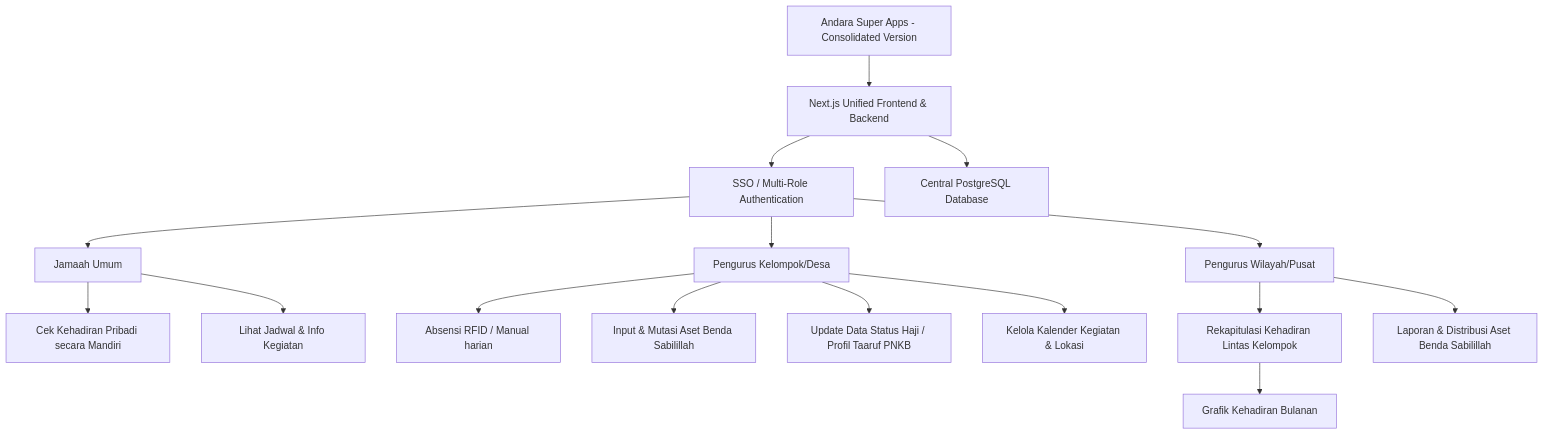
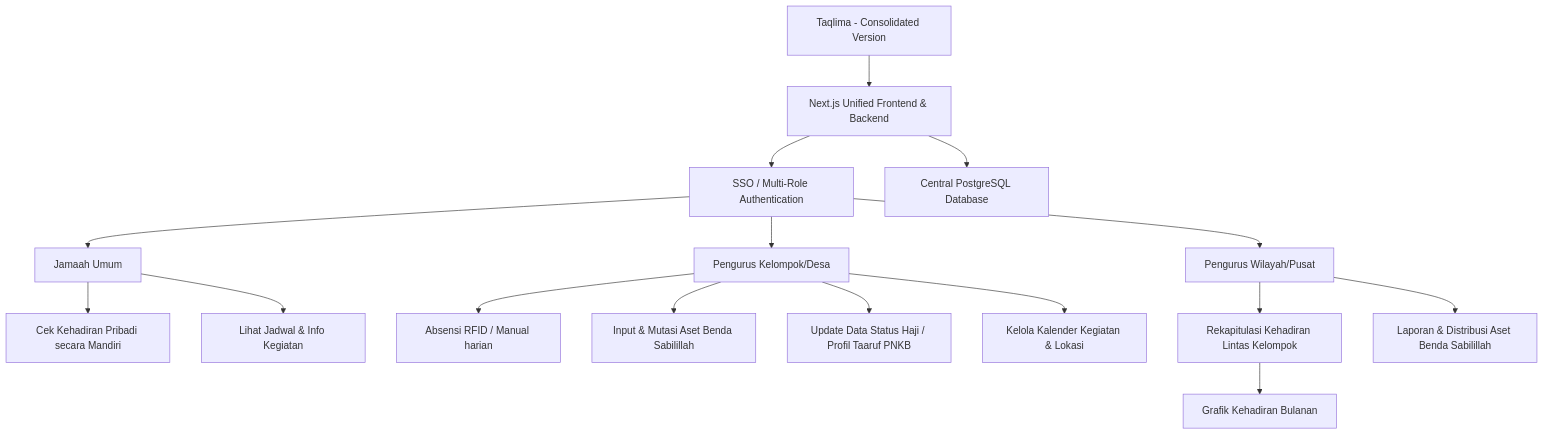
The diagram in comparison_and_integration_proposal.md (cooltirta/andara-super-apps), drawn with Mermaid before and after one commit. The commit also changed other lines of this file and 11 other files, not shown here.

Commit message:
refactor: rename branding Andara Super Apps to Taqlima

````diff
--- a/comparison_and_integration_proposal.md
+++ b/comparison_and_integration_proposal.md
@@ -58,22 +58,22 @@
 ```mermaid
 graph TD
-    App[Andara Super Apps - Consolidated Version] --> NextJS[Next.js Unified Frontend & Backend]
+    App[Taqlima - Consolidated Version] --> NextJS[Next.js Unified Frontend & Backend]
     NextJS --> Auth[SSO / Multi-Role Authentication]
     NextJS --> DB[Central PostgreSQL Database]
 
     Auth --> Role1[Jamaah Umum]
     Auth --> Role2[Pengurus Kelompok/Desa]
     Auth --> Role3[Pengurus Wilayah/Pusat]
 
     Role1 --> J1[Cek Kehadiran Pribadi secara Mandiri]
     Role1 --> J2[Lihat Jadwal & Info Kegiatan]
     
     Role2 --> P1[Absensi RFID / Manual harian]
     Role2 --> P2[Input & Mutasi Aset Benda Sabilillah]
     Role2 --> P3[Update Data Status Haji / Profil Taaruf PNKB]
     Role2 --> P4[Kelola Kalender Kegiatan & Lokasi]
     
     Role3 --> W1[Rekapitulasi Kehadiran Lintas Kelompok]
     W1 --> W2[Grafik Kehadiran Bulanan]
     Role3 --> W3[Laporan & Distribusi Aset Benda Sabilillah]
 ```
````
